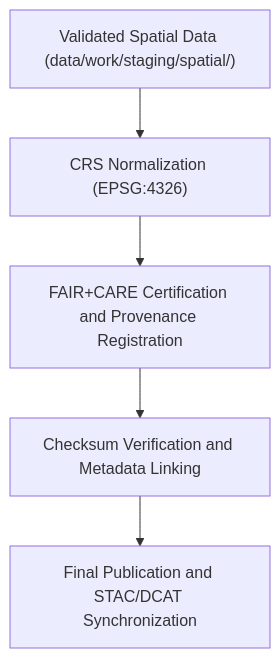
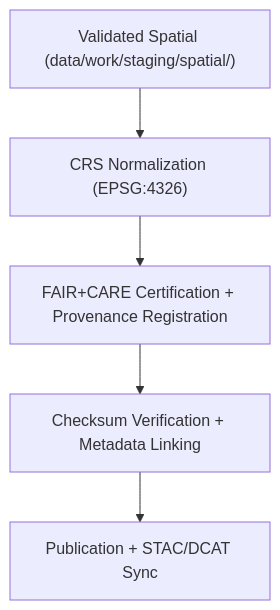
Before and after one commit to bartytime4life/Kansas-Frontier-Matrix: the diagram in data/work/processed/spatial/README.md, drawn with Mermaid. The commit also changed other lines of this file, not shown here.

````diff
--- a/data/work/processed/spatial/README.md
+++ b/data/work/processed/spatial/README.md
@@ -64,7 +66,7 @@
 ```mermaid
 flowchart TD
-    A["Validated Spatial Data (data/work/staging/spatial/)"] --> B["CRS Normalization (EPSG:4326)"]
-    B --> C["FAIR+CARE Certification and Provenance Registration"]
-    C --> D["Checksum Verification and Metadata Linking"]
-    D --> E["Final Publication and STAC/DCAT Synchronization"]
+    A["Validated Spatial (data/work/staging/spatial/)"] --> B["CRS Normalization (EPSG:4326)"]
+    B --> C["FAIR+CARE Certification + Provenance Registration"]
+    C --> D["Checksum Verification + Metadata Linking"]
+    D --> E["Publication + STAC/DCAT Sync"]
 ```
````
